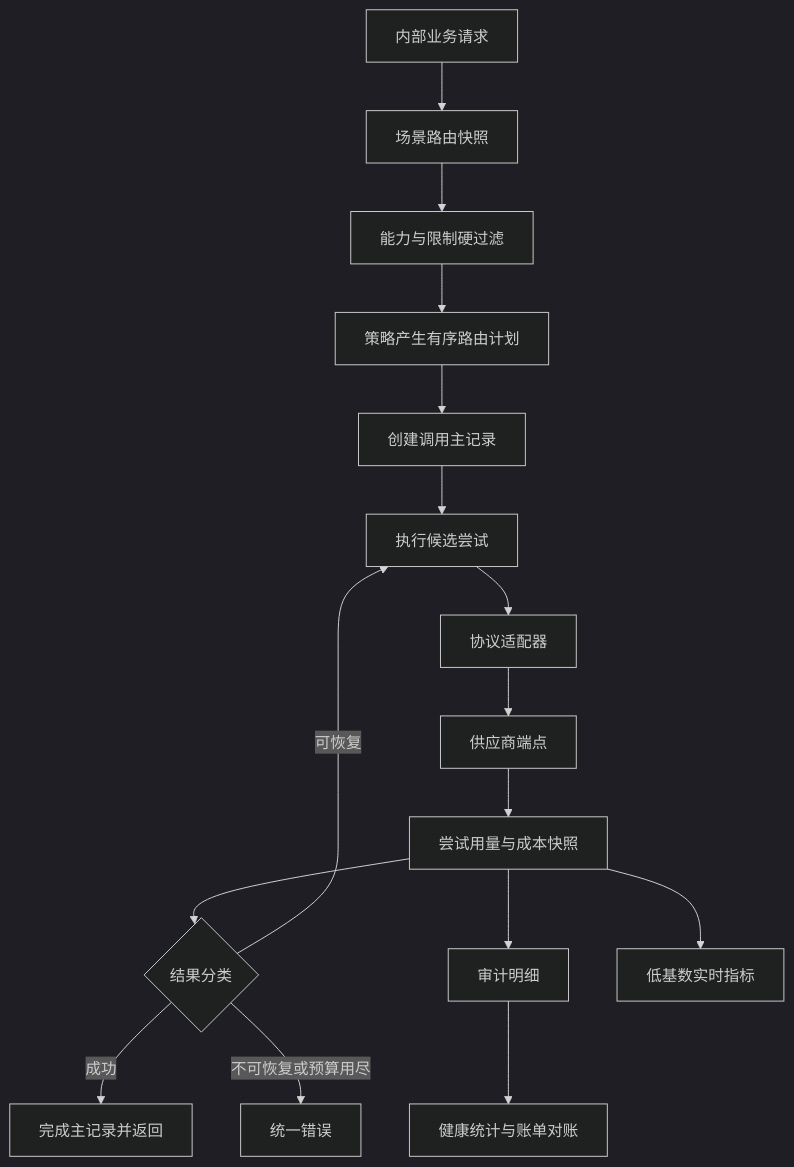
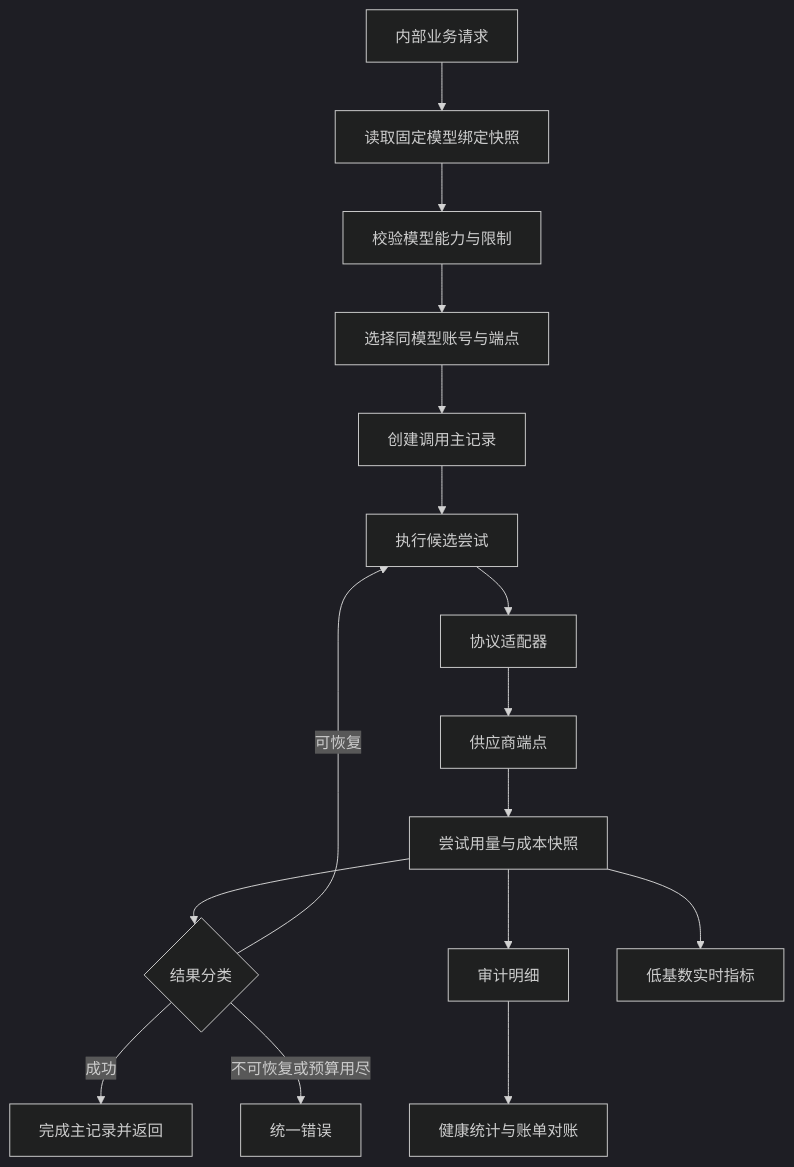
The diagram in docs/project/03-微服务设计/ai-gateway-service/参考项目横向对比.md (Dorian7Alden/LeetModel), drawn with Mermaid (dark theme) before and after one commit. The commit also changed other lines of this file and 28 other files, not shown here.

````diff
--- a/docs/project/03-微服务设计/ai-gateway-service/参考项目横向对比.md
+++ b/docs/project/03-微服务设计/ai-gateway-service/参考项目横向对比.md
@@ -117,18 +117,18 @@
 ```mermaid
 flowchart TD
-    A[内部业务请求] --> B[场景路由快照]
-    B --> C[能力与限制硬过滤]
-    C --> D[策略产生有序路由计划]
+    A[内部业务请求] --> B[读取固定模型绑定快照]
+    B --> C[校验模型能力与限制]
+    C --> D[选择同模型账号与端点]
     D --> E[创建调用主记录]
     E --> F[执行候选尝试]
     F --> G[协议适配器]
     G --> H[供应商端点]
     H --> I[尝试用量与成本快照]
     I --> J{结果分类}
     J -- 成功 --> K[完成主记录并返回]
     J -- 可恢复 --> F
     J -- 不可恢复或预算用尽 --> L[统一错误]
     I --> M[审计明细]
     I --> N[低基数实时指标]
     M --> O[健康统计与账单对账]
 ```
````
